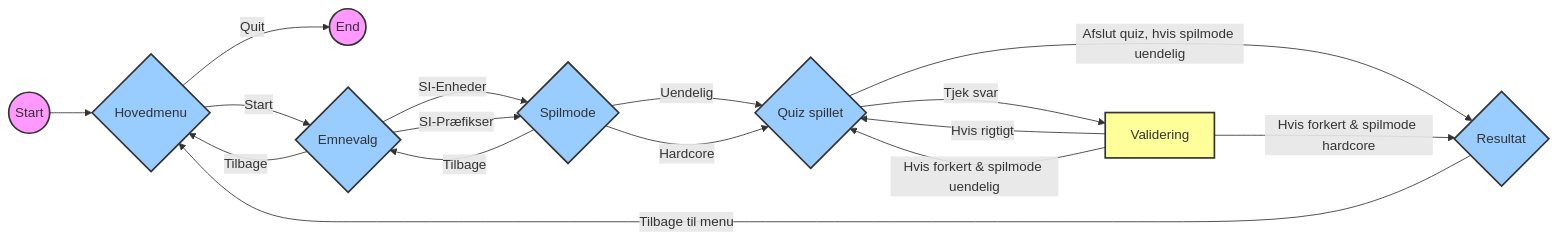
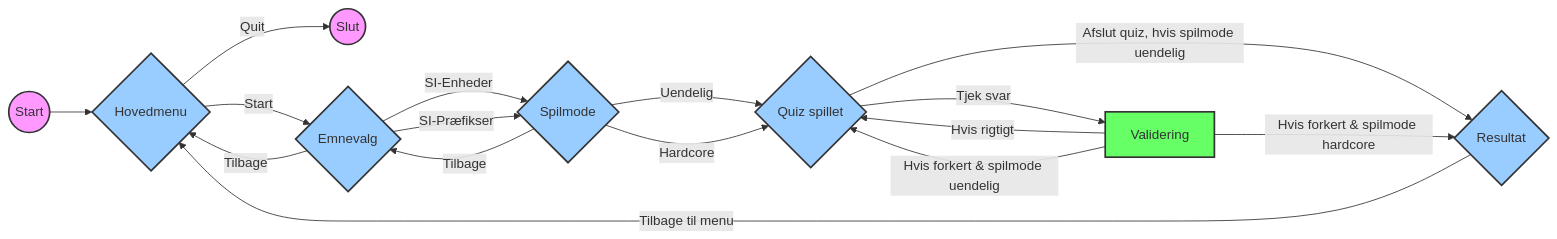
The diagram in README.md (mjdvisualz/fysik-quiz-app), drawn with Mermaid before and after one commit. The commit also changed other lines of this file, not shown here.

````diff
--- a/README.md
+++ b/README.md
@@ -16,27 +18,27 @@
 ```mermaid
 graph LR
     style A fill:#f9f,stroke:#333,stroke-width:2px
     style D fill:#f9f,stroke:#333,stroke-width:2px
     style B fill:#9cf,stroke:#333,stroke-width:2px
     style C fill:#9cf,stroke:#333,stroke-width:2px
     style E fill:#9cf,stroke:#333,stroke-width:2px
     style F fill:#9cf,stroke:#333,stroke-width:2px
-    style G fill:#ff9,stroke:#333,stroke-width:2px
+    style G fill:#6f6,stroke:#333,stroke-width:2px
     style H fill:#9cf,stroke:#333,stroke-width:2px
 
     A((Start)) --> B{Hovedmenu}
     B --> |Start| C{Emnevalg}
-    B --> |Quit| D((End)) 
+    B --> |Quit| D((Slut)) 
     C --> |SI-Enheder| E{Spilmode}
     C --> |SI-Præfikser| E
     C --> |Tilbage| B
     E --> |Uendelig| F{Quiz spillet}
     E --> |Hardcore| F
     E --> |Tilbage| C
     F --> |Tjek svar| G[Validering]
     F --> |Afslut quiz, hvis spilmode uendelig| H{Resultat}
     G --> |Hvis rigtigt| F
     G --> |Hvis forkert & spilmode uendelig| F
     G --> |Hvis forkert & spilmode hardcore| H
     H --> |Tilbage til menu| B
 ```
````
